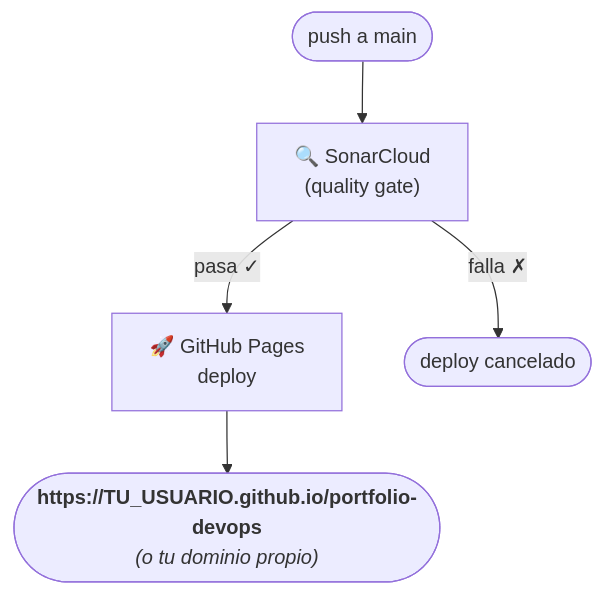
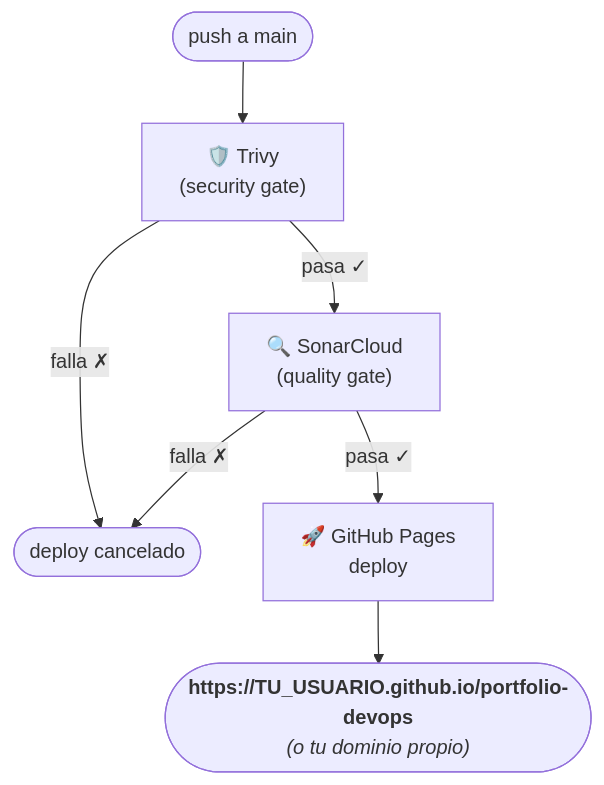
One commit to ORT-ATI-CertificadoDevOps/Laboratorios changed the diagram in Ejercicio-Integrador.md. Above: the diagram before and after it, drawn with Mermaid. The commit also changed other lines of this file and 8 other files, not shown here.

````diff
--- a/Ejercicio-Integrador.md
+++ b/Ejercicio-Integrador.md
@@ -185,12 +273,16 @@
 ```mermaid
 flowchart TD
     A([push a main]) --> B
 
-    B["🔍 SonarCloud\n(quality gate)"]
+    B["🛡️ Trivy\n(security gate)"]
     B -->|pasa ✓| C
-    B -->|falla ✗| D([deploy cancelado])
+    B -->|falla ✗| F([deploy cancelado])
 
-    C["🚀 GitHub Pages\ndeploy"]
-    C --> E(["`**https://TU_USUARIO.github.io/portfolio-devops**
+    C["🔍 SonarCloud\n(quality gate)"]
+    C -->|pasa ✓| D
+    C -->|falla ✗| F
+
+    D["🚀 GitHub Pages\ndeploy"]
+    D --> E(["`**https://TU_USUARIO.github.io/portfolio-devops**
     *(o tu dominio propio)*`"])
 ```
````
